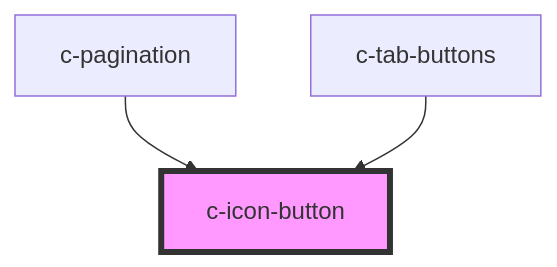
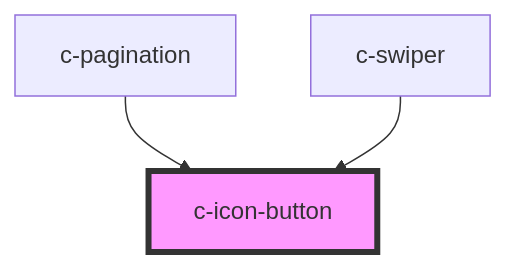
Before and after one commit to hannyle/csc-ui: the diagram in src/components/c-icon-button/readme.md, drawn with Mermaid. The commit also changed other lines of this file and 30 other files, not shown here.

````diff
--- a/src/components/c-icon-button/readme.md
+++ b/src/components/c-icon-button/readme.md
@@ -35,6 +35,6 @@
 ```mermaid
 graph TD;
   c-pagination --> c-icon-button
-  c-tab-buttons --> c-icon-button
+  c-swiper --> c-icon-button
   style c-icon-button fill:#f9f,stroke:#333,stroke-width:4px
 ```
````
